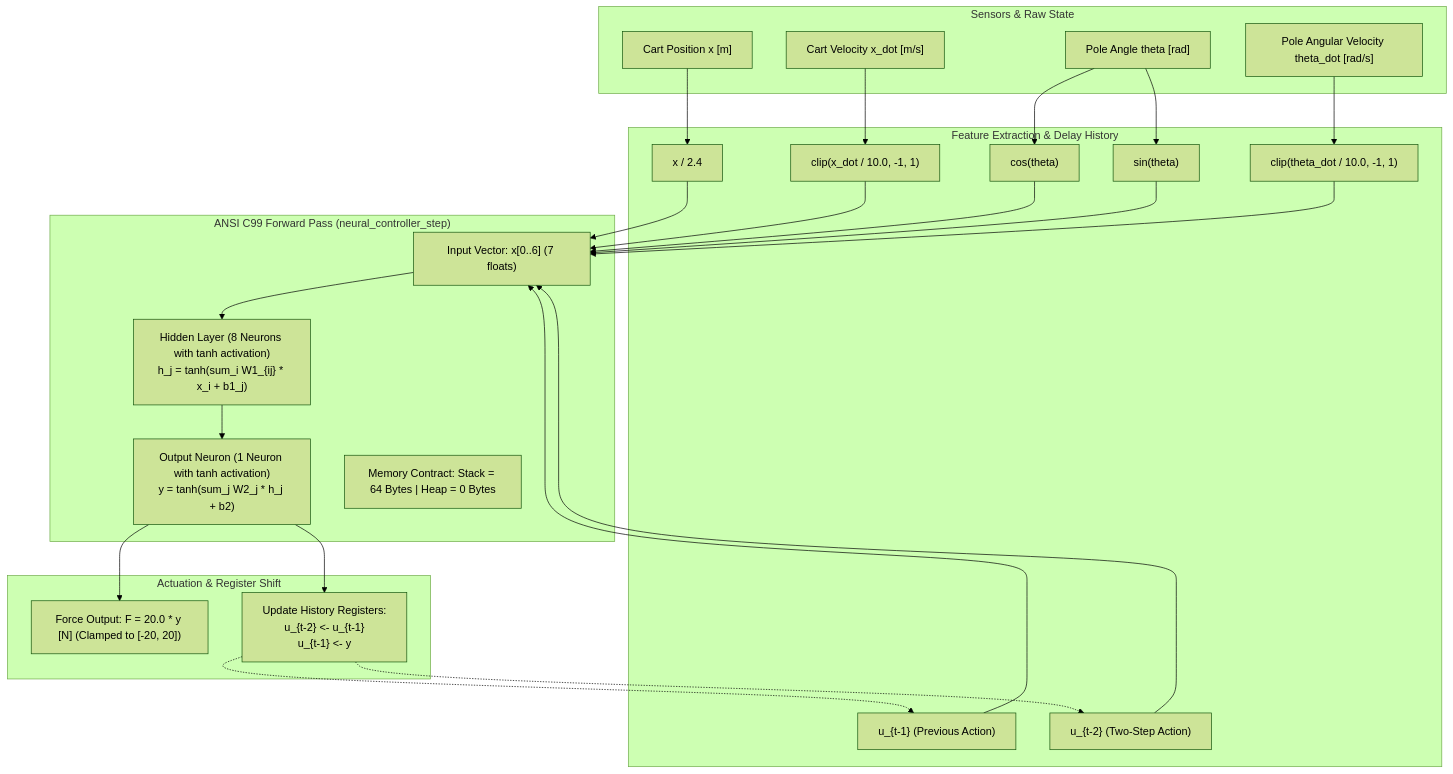
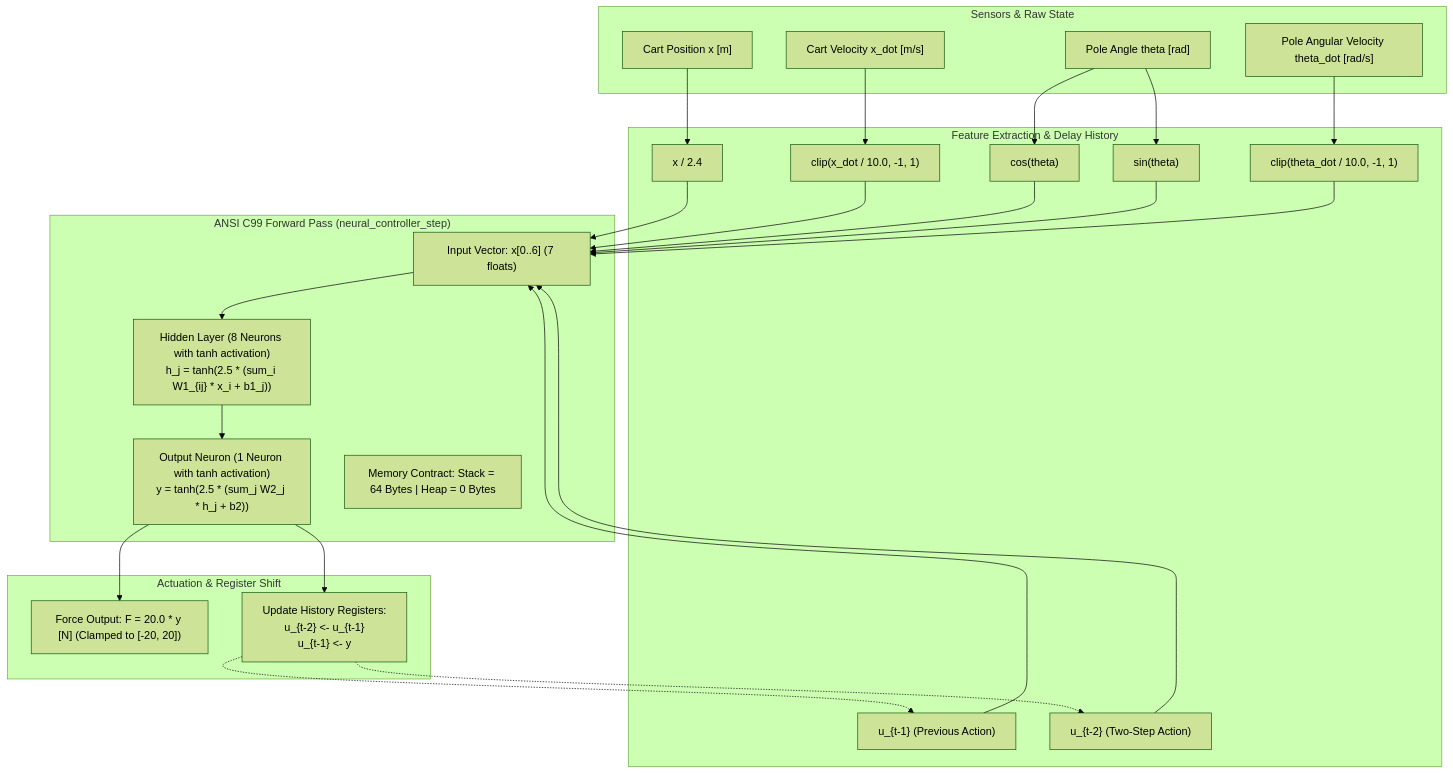
Before and after one commit to opensourcecodedesigner/EvoEdge: the diagram in docs/diagrams/inference_dataflow.mmd, drawn with Mermaid (forest theme). The commit also changed 9 other files, not shown here.

```diff
--- a/docs/diagrams/inference_dataflow.mmd
+++ b/docs/diagrams/inference_dataflow.mmd
@@ -1,49 +1,49 @@
 graph TD
     subgraph Sensors ["Sensors & Raw State"]
         RAW_X["Cart Position x [m]"]
         RAW_XDOT["Cart Velocity x_dot [m/s]"]
         RAW_THETA["Pole Angle theta [rad]"]
         RAW_THETADOT["Pole Angular Velocity theta_dot [rad/s]"]
     end
 
     subgraph FeaturePipeline ["Feature Extraction & Delay History"]
         NORM_X["x / 2.4"]
         NORM_XDOT["clip(x_dot / 10.0, -1, 1)"]
         FEAT_COS["cos(theta)"]
         FEAT_SIN["sin(theta)"]
         NORM_THDOT["clip(theta_dot / 10.0, -1, 1)"]
         REG_U1["u_{t-1} (Previous Action)"]
         REG_U2["u_{t-2} (Two-Step Action)"]
 
         RAW_X --> NORM_X
         RAW_XDOT --> NORM_XDOT
         RAW_THETA --> FEAT_COS
         RAW_THETA --> FEAT_SIN
         RAW_THETADOT --> NORM_THDOT
     end
 
     subgraph ControllerCore ["ANSI C99 Forward Pass (neural_controller_step)"]
         IN_VEC["Input Vector: x[0..6] (7 floats)"]
-        HID_LAYER["Hidden Layer (8 Neurons with tanh activation)<br/>h_j = tanh(sum_i W1_{ij} * x_i + b1_j)"]
-        OUT_NEURON["Output Neuron (1 Neuron with tanh activation)<br/>y = tanh(sum_j W2_j * h_j + b2)"]
+        HID_LAYER["Hidden Layer (8 Neurons with tanh activation)<br/>h_j = tanh(2.5 * (sum_i W1_{ij} * x_i + b1_j))"]
+        OUT_NEURON["Output Neuron (1 Neuron with tanh activation)<br/>y = tanh(2.5 * (sum_j W2_j * h_j + b2))"]
         MEM["Memory Contract: Stack = 64 Bytes | Heap = 0 Bytes"]
 
         NORM_X --> IN_VEC
         NORM_XDOT --> IN_VEC
         FEAT_COS --> IN_VEC
         FEAT_SIN --> IN_VEC
         NORM_THDOT --> IN_VEC
         REG_U1 --> IN_VEC
         REG_U2 --> IN_VEC
 
         IN_VEC --> HID_LAYER --> OUT_NEURON
     end
 
     subgraph ActuatorPipeline ["Actuation & Register Shift"]
         FORCE["Force Output: F = 20.0 * y [N] (Clamped to [-20, 20])"]
         UPDATE_REGS["Update History Registers:<br/>u_{t-2} <- u_{t-1}<br/>u_{t-1} <- y"]
         OUT_NEURON --> FORCE
         OUT_NEURON --> UPDATE_REGS
         UPDATE_REGS -.-> REG_U1
         UPDATE_REGS -.-> REG_U2
     end
```
